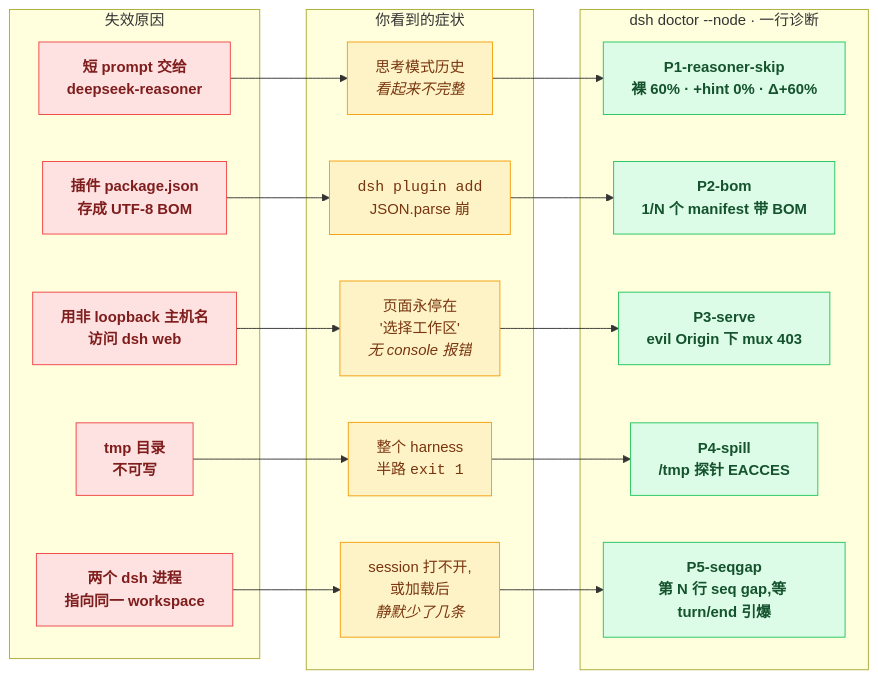
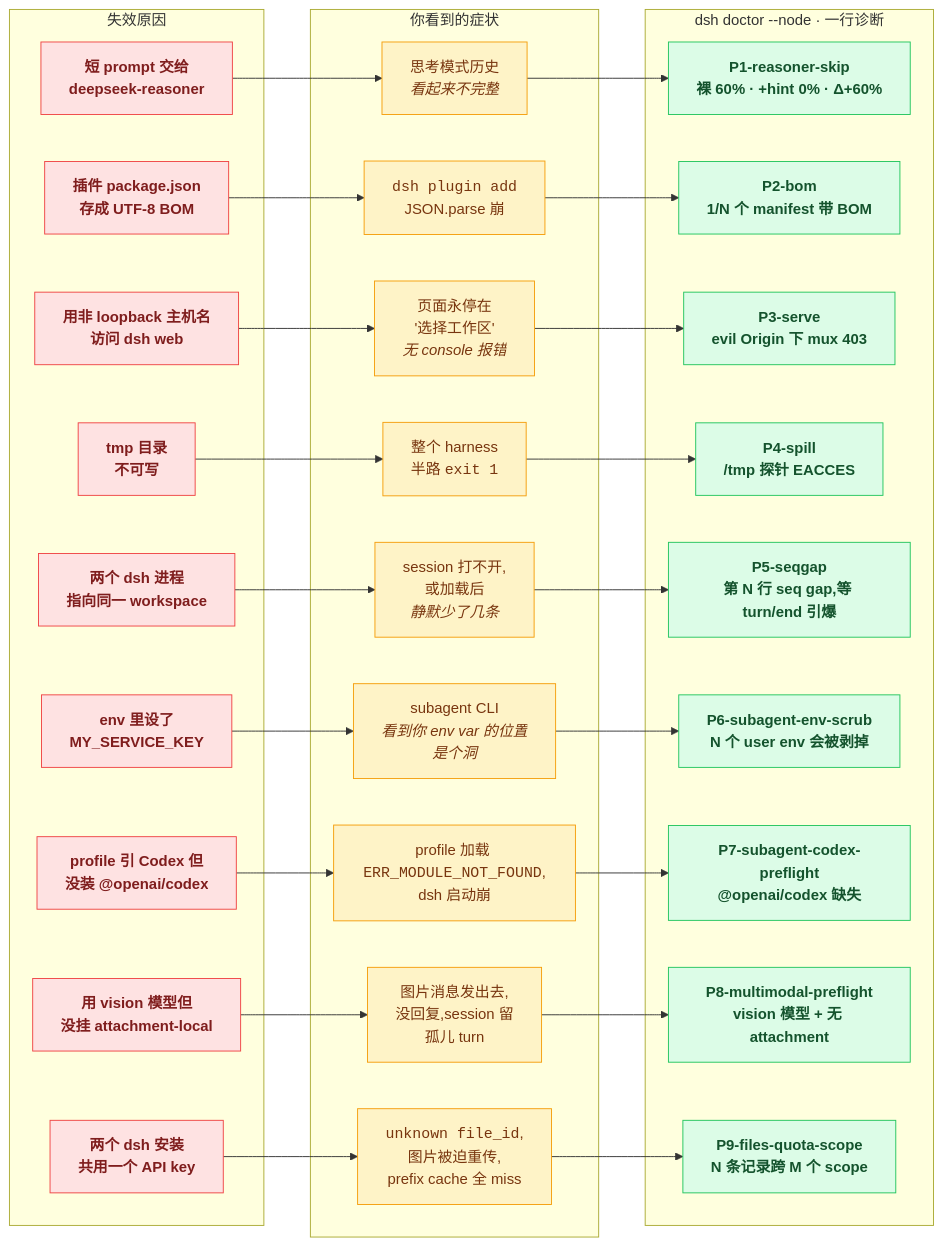
Before and after one commit to HenryZ838978/deepseek-harness: the first of 4 diagrams in README.zh-CN.md, drawn with Mermaid. The commit also changed other lines of this file and 1 other file, not shown here.

Commit message:
docs(readme): V4-Flash-Vision-Exp subtitle + 9-probe table + dsh doctor badge
- Subtitle: Protocol-aware adapters for DeepSeek V4-Pro, V4-Flash, and
  V4-Flash-Vision-Exp.
- New pypi/cli + dsh doctor --node badges (9 probes).
- Mermaid map expanded from 5 to 9 rows (P6/P7/P8/P9 added).
- Pitch table expanded to 9 rows with concrete "what you see" for the
  four rc.8/rc.2 additions (env-scrub, codex preflight, multimodal,
  files-quota-scope).
- Multimodal contract link (spec/07) in the tagline.

zh-CN kept in sync.

````diff
--- a/README.zh-CN.md
+++ b/README.zh-CN.md
@@ -39,52 +41,80 @@
 ```mermaid
 flowchart LR
     classDef fail  fill:#fee2e2,stroke:#ef4444,color:#7f1d1d,font-weight:bold
     classDef sym   fill:#fef3c7,stroke:#f59e0b,color:#78350f
     classDef fix   fill:#dcfce7,stroke:#22c55e,color:#14532d,font-weight:bold
 
     F1["短 prompt 交给<br/>deepseek-reasoner"]:::fail
     F2["插件 package.json<br/>存成 UTF-8 BOM"]:::fail
     F3["用非 loopback 主机名<br/>访问 dsh web"]:::fail
     F4["tmp 目录<br/>不可写"]:::fail
     F5["两个 dsh 进程<br/>指向同一 workspace"]:::fail
+    F6["env 里设了<br/>MY_SERVICE_KEY"]:::fail
+    F7["profile 引 Codex 但<br/>没装 @openai/codex"]:::fail
+    F8["用 vision 模型但<br/>没挂 attachment-local"]:::fail
+    F9["两个 dsh 安装<br/>共用一个 API key"]:::fail
 
     S1["思考模式历史<br/><i>看起来不完整</i>"]:::sym
     S2["<code>dsh plugin add</code><br/>JSON.parse 崩"]:::sym
     S3["页面永停在<br/>'选择工作区'<br/><i>无 console 报错</i>"]:::sym
     S4["整个 harness<br/>半路 <code>exit 1</code>"]:::sym
     S5["session 打不开,<br/>或加载后<br/><i>静默少了几条</i>"]:::sym
+    S6["subagent CLI<br/><i>看到你 env var 的位置<br/>是个洞</i>"]:::sym
+    S7["profile 加载 <code>ERR_MODULE_NOT_FOUND</code>,<br/>dsh 启动崩"]:::sym
+    S8["图片消息发出去,<br/>没回复,session 留<br/>孤儿 turn"]:::sym
+    S9["<code>unknown file_id</code>,<br/>图片被迫重传,<br/>prefix cache 全 miss"]:::sym
 
     D1["<b>P1-reasoner-skip</b><br/>裸 60% · +hint 0% · Δ+60%"]:::fix
     D2["<b>P2-bom</b><br/>1/N 个 manifest 带 BOM"]:::fix
     D3["<b>P3-serve</b><br/>evil Origin 下 mux 403"]:::fix
     D4["<b>P4-spill</b><br/>/tmp 探针 EACCES"]:::fix
     D5["<b>P5-seqgap</b><br/>第 N 行 seq gap,等 turn/end 引爆"]:::fix
+    D6["<b>P6-subagent-env-scrub</b><br/>N 个 user env 会被剥掉"]:::fix
+    D7["<b>P7-subagent-codex-preflight</b><br/>@openai/codex 缺失"]:::fix
+    D8["<b>P8-multimodal-preflight</b><br/>vision 模型 + 无 attachment"]:::fix
+    D9["<b>P9-files-quota-scope</b><br/>N 条记录跨 M 个 scope"]:::fix
 
     F1 --> S1 --> D1
     F2 --> S2 --> D2
     F3 --> S3 --> D3
     F4 --> S4 --> D4
     F5 --> S5 --> D5
+    F6 --> S6 --> D6
+    F7 --> S7 --> D7
+    F8 --> S8 --> D8
+    F9 --> S9 --> D9
 
     subgraph L1["失效原因"]
       F1
       F2
       F3
       F4
       F5
+      F6
+      F7
+      F8
+      F9
     end
     subgraph L2["你看到的症状"]
       S1
       S2
       S3
       S4
       S5
+      S6
+      S7
+      S8
+      S9
     end
     subgraph L3["dsh doctor --node · 一行诊断"]
       D1
       D2
       D3
       D4
       D5
+      D6
+      D7
+      D8
+      D9
     end
 ```
````
